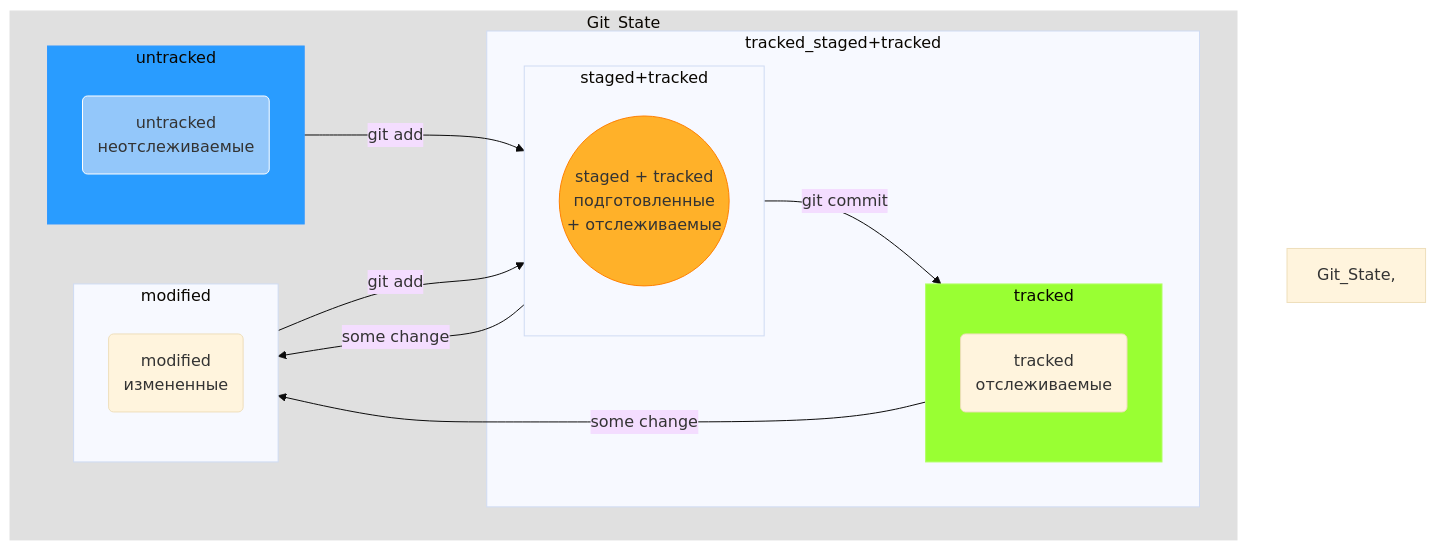
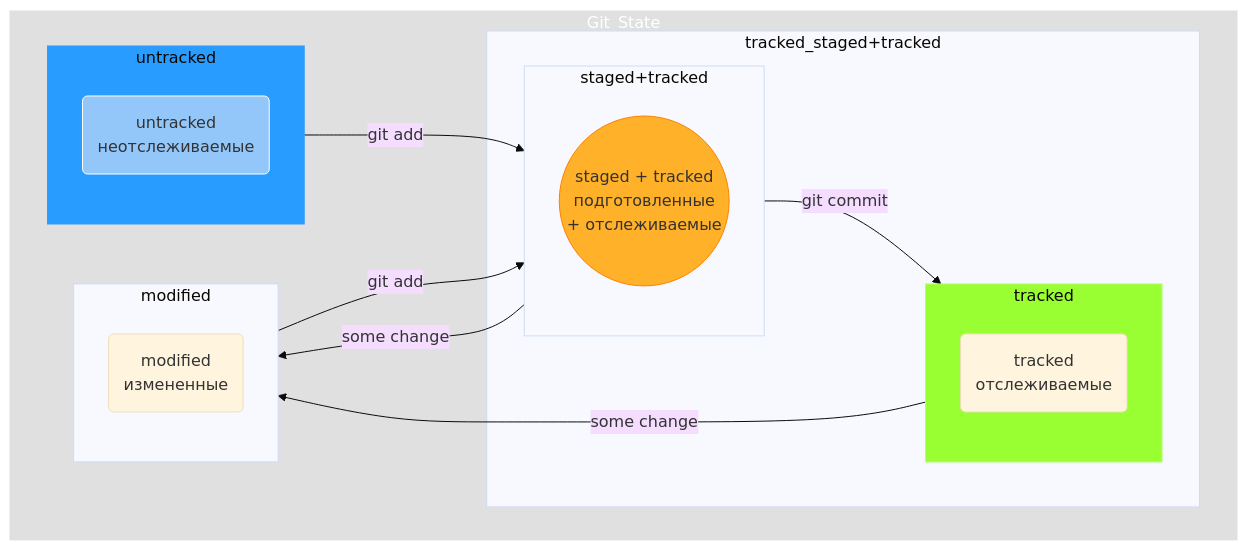
The diagram in README.md (AleksandrVakarin/GitInstructionMermaid), drawn with Mermaid (base theme) before and after one commit.

Commit message:
Изменить границу, изменить цвет границ для диаграммы

````diff
--- a/README.md
+++ b/README.md
@@ -93,46 +93,46 @@
 ```mermaid
 flowchart TD;
 	
 	stgd((staged + tracked<br>подготовленные<br> + отслеживаемые))
 	mdf(modified<br>измененные)
 	untr(untracked<br>неотслеживаемые)
 	trcd(tracked<br>отслеживаемые)
 
 
 	subgraph Git_State
 
 		subgraph untracked
 			untr
 		end
 
 		subgraph tracked_staged+tracked
 
 			subgraph tracked
 				trcd
 			end
 
 			subgraph staged+tracked
 				stgd
 			end
 
 		end
 
 		untracked-- git add -->staged+tracked
 		modified-- git add -->staged+tracked
 		staged+tracked-- some change -->modified
 		staged+tracked-- git commit -->tracked
 		tracked-- some change -->modified
 
 		subgraph modified
 			mdf
 		end
 
 	end
 
 	style Git_State fill: #E0E0E0, stroke: #E0E0E0
 	style stgd fill: #FFB129, stroke: #FF8000
 	style untr fill: #93C7FA, stroke: #FFFFFF
 	style untracked fill: #299CFF, stroke: #3399FF
 	style tracked fill: #99FF33, stroke: #B2FF66
-	style Git_State, tracked_staged+tracked, modified color: white
+	style Git_State color: white
 ```
````
